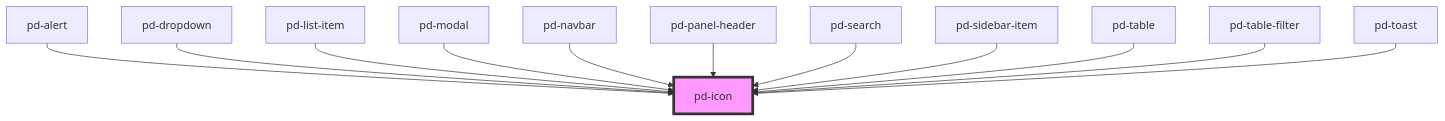
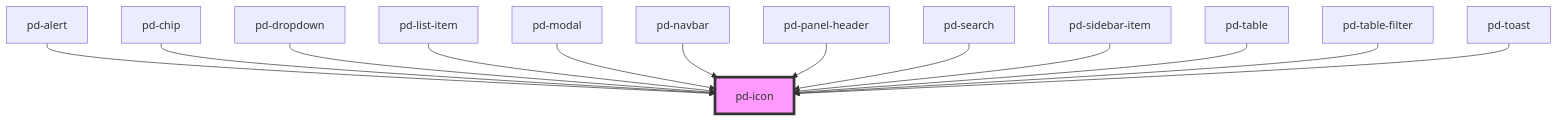
Before and after one commit to Lambda-IT/parlamentsdienste-components: the diagram in src/components/pd-icon/readme.md, drawn with Mermaid. The commit also changed other lines of this file and 12 other files, not shown here.

````diff
--- a/src/components/pd-icon/readme.md
+++ b/src/components/pd-icon/readme.md
@@ -62,15 +63,16 @@
 ```mermaid
 graph TD;
   pd-alert --> pd-icon
+  pd-chip --> pd-icon
   pd-dropdown --> pd-icon
   pd-list-item --> pd-icon
   pd-modal --> pd-icon
   pd-navbar --> pd-icon
   pd-panel-header --> pd-icon
   pd-search --> pd-icon
   pd-sidebar-item --> pd-icon
   pd-table --> pd-icon
   pd-table-filter --> pd-icon
   pd-toast --> pd-icon
   style pd-icon fill:#f9f,stroke:#333,stroke-width:4px
 ```
````
